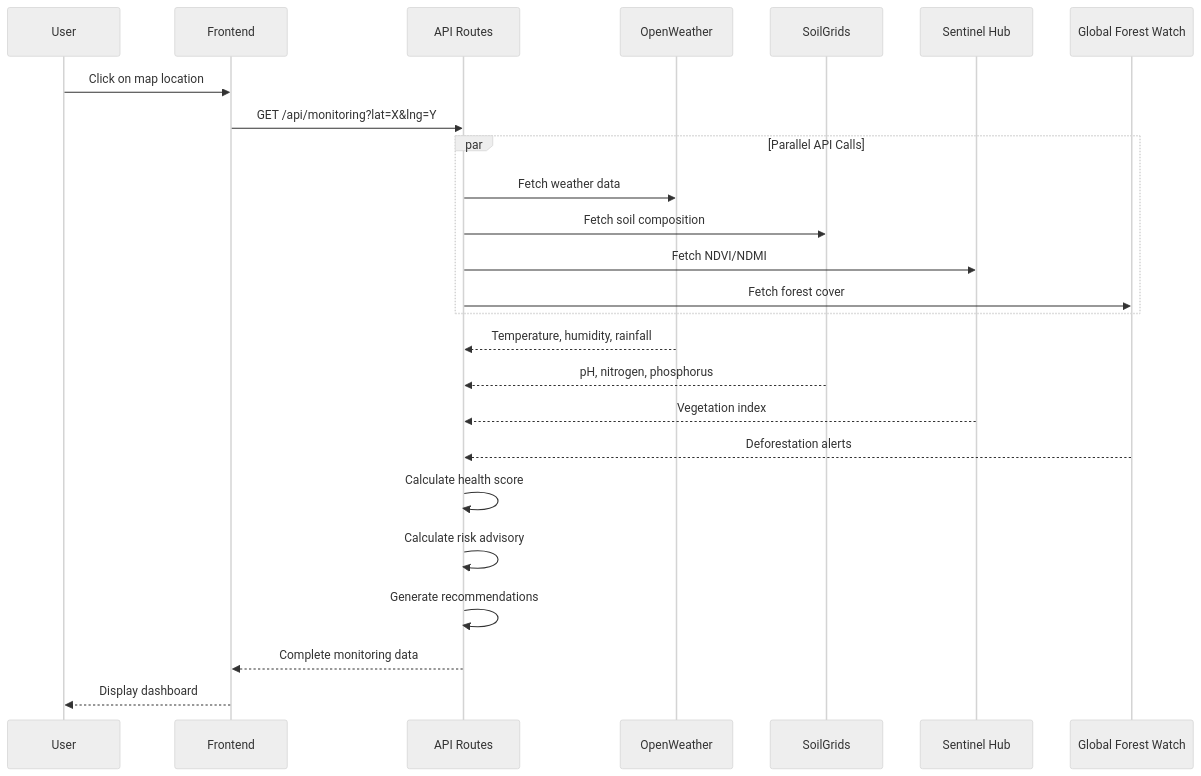
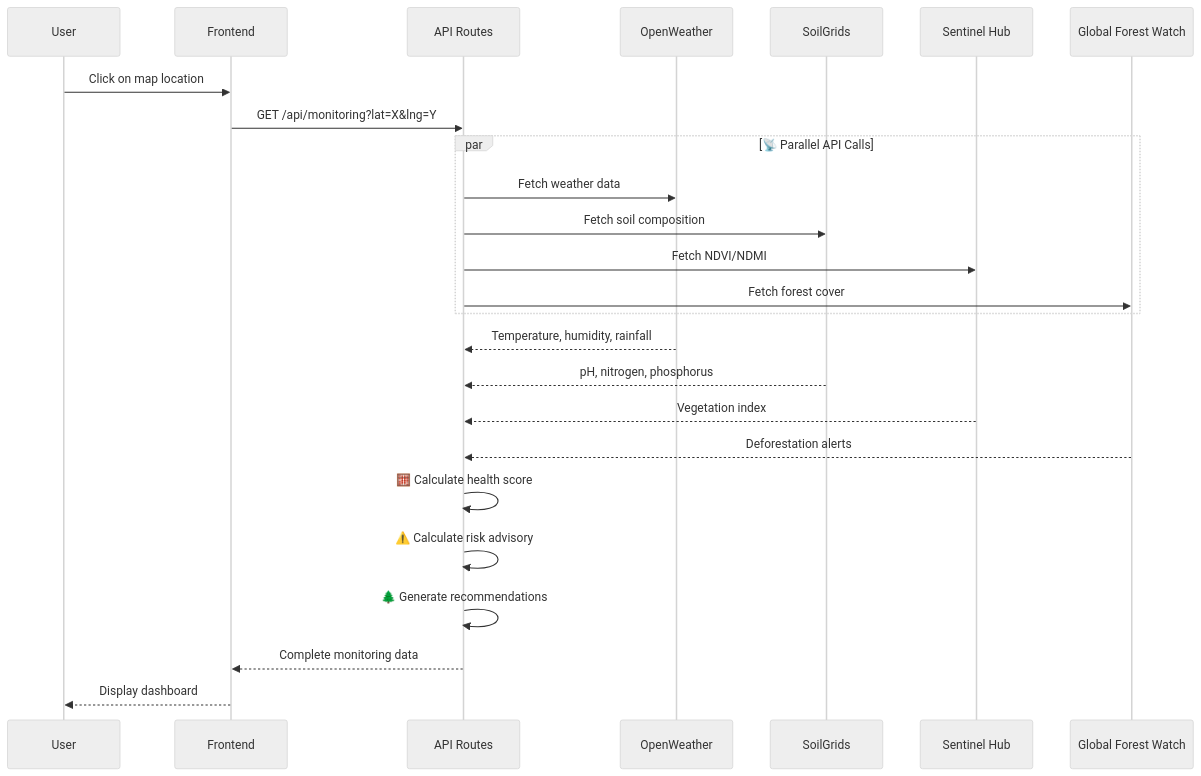
Before and after one commit to SANSKAR2803/Habitat_tsechacks: the third of 3 diagrams in README.md, drawn with Mermaid (neutral theme). The commit also changed other lines of this file, not shown here.

````diff
--- a/README.md
+++ b/README.md
@@ -344,32 +319,32 @@
 ```mermaid
 sequenceDiagram
-    participant U as User
-    participant F as Frontend
-    participant A as API Routes
-    participant W as OpenWeather
-    participant S as SoilGrids
-    participant SH as Sentinel Hub
-    participant G as Global Forest Watch
+    participant 👤 as User
+    participant 🖥️ as Frontend
+    participant ⚡ as API Routes
+    participant 🌤️ as OpenWeather
+    participant 🌱 as SoilGrids
+    participant 🛰️ as Sentinel Hub
+    participant 🌳 as Global Forest Watch
 
-    U->>F: Click on map location
-    F->>A: GET /api/monitoring?lat=X&lng=Y
-    
-    par Parallel API Calls
-        A->>W: Fetch weather data
-        A->>S: Fetch soil composition
-        A->>SH: Fetch NDVI/NDMI
-        A->>G: Fetch forest cover
+    👤->>🖥️: Click on map location
+    🖥️->>⚡: GET /api/monitoring?lat=X&lng=Y
+
+    par 📡 Parallel API Calls
+        ⚡->>🌤️: Fetch weather data
+        ⚡->>🌱: Fetch soil composition
+        ⚡->>🛰️: Fetch NDVI/NDMI
+        ⚡->>🌳: Fetch forest cover
     end
-    
-    W-->>A: Temperature, humidity, rainfall
-    S-->>A: pH, nitrogen, phosphorus
-    SH-->>A: Vegetation index
-    G-->>A: Deforestation alerts
-    
-    A->>A: Calculate health score
-    A->>A: Calculate risk advisory
-    A->>A: Generate recommendations
-    
-    A-->>F: Complete monitoring data
-    F-->>U: Display dashboard
+
+    🌤️-->>⚡: Temperature, humidity, rainfall
+    🌱-->>⚡: pH, nitrogen, phosphorus
+    🛰️-->>⚡: Vegetation index
+    🌳-->>⚡: Deforestation alerts
+
+    ⚡->>⚡: 🧮 Calculate health score
+    ⚡->>⚡: ⚠️ Calculate risk advisory
+    ⚡->>⚡: 🌲 Generate recommendations
+
+    ⚡-->>🖥️: Complete monitoring data
+    🖥️-->>👤: Display dashboard
 ```
````
